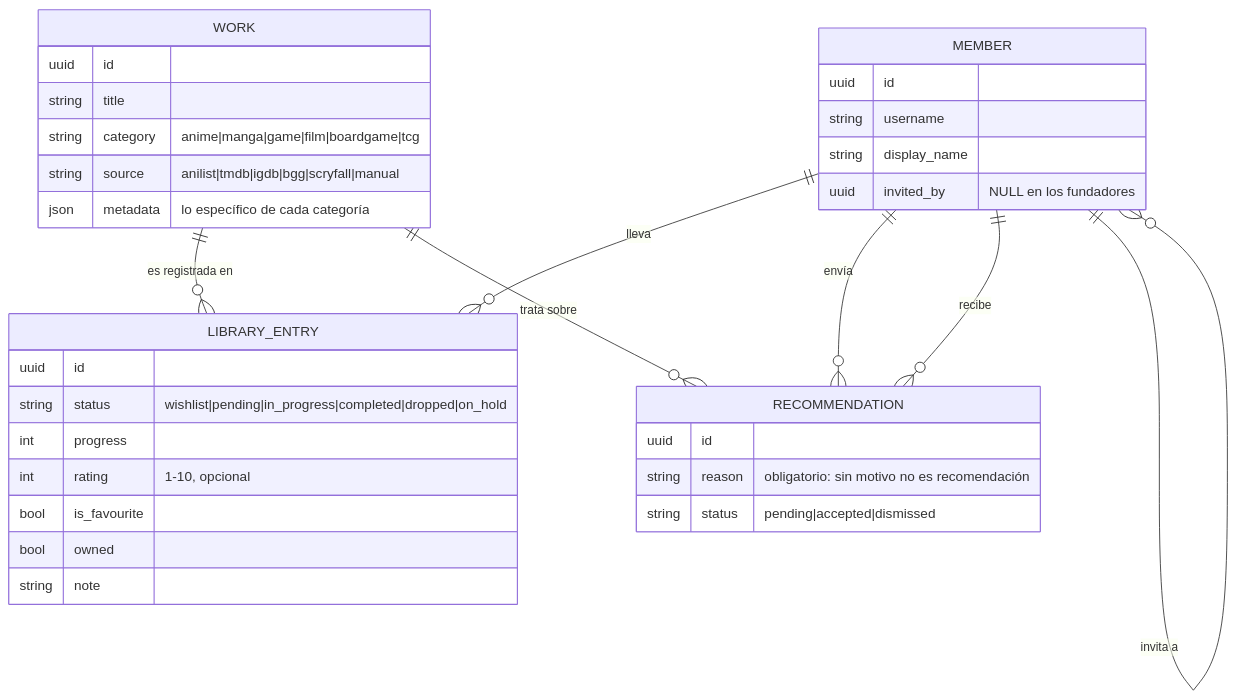
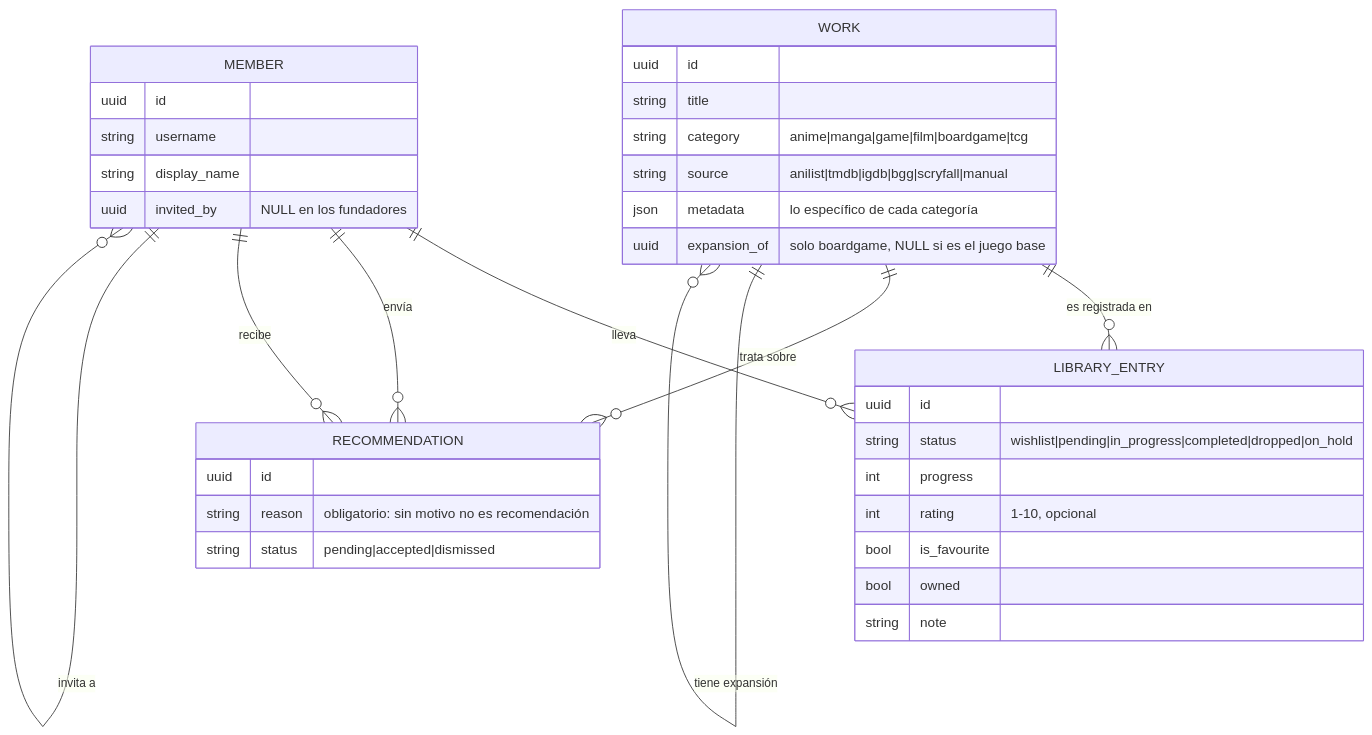
Before and after one commit to alvaroofernaandez/freak-hub: the first of 2 diagrams in docs/domain.md, drawn with Mermaid. The commit also changed other lines of this file and 5 other files, not shown here.

````diff
--- a/docs/domain.md
+++ b/docs/domain.md
@@ -22,37 +22,39 @@
 ```mermaid
 erDiagram
     MEMBER ||--o{ LIBRARY_ENTRY : "lleva"
     WORK   ||--o{ LIBRARY_ENTRY : "es registrada en"
     MEMBER ||--o{ RECOMMENDATION : "envía"
     MEMBER ||--o{ RECOMMENDATION : "recibe"
     WORK   ||--o{ RECOMMENDATION : "trata sobre"
     MEMBER ||--o{ MEMBER : "invita a"
+    WORK   ||--o{ WORK : "tiene expansión"
 
     WORK {
         uuid   id
         string title
         string category "anime|manga|game|film|boardgame|tcg"
         string source   "anilist|tmdb|igdb|bgg|scryfall|manual"
         json   metadata "lo específico de cada categoría"
+        uuid   expansion_of "solo boardgame, NULL si es el juego base"
     }
     LIBRARY_ENTRY {
         uuid   id
         string status "wishlist|pending|in_progress|completed|dropped|on_hold"
         int    progress
         int    rating "1-10, opcional"
         bool   is_favourite
         bool   owned
         string note
     }
     MEMBER {
         uuid   id
         string username
         string display_name
         uuid   invited_by "NULL en los fundadores"
     }
     RECOMMENDATION {
         uuid   id
         string reason "obligatorio: sin motivo no es recomendación"
         string status "pending|accepted|dismissed"
     }
 ```
````
